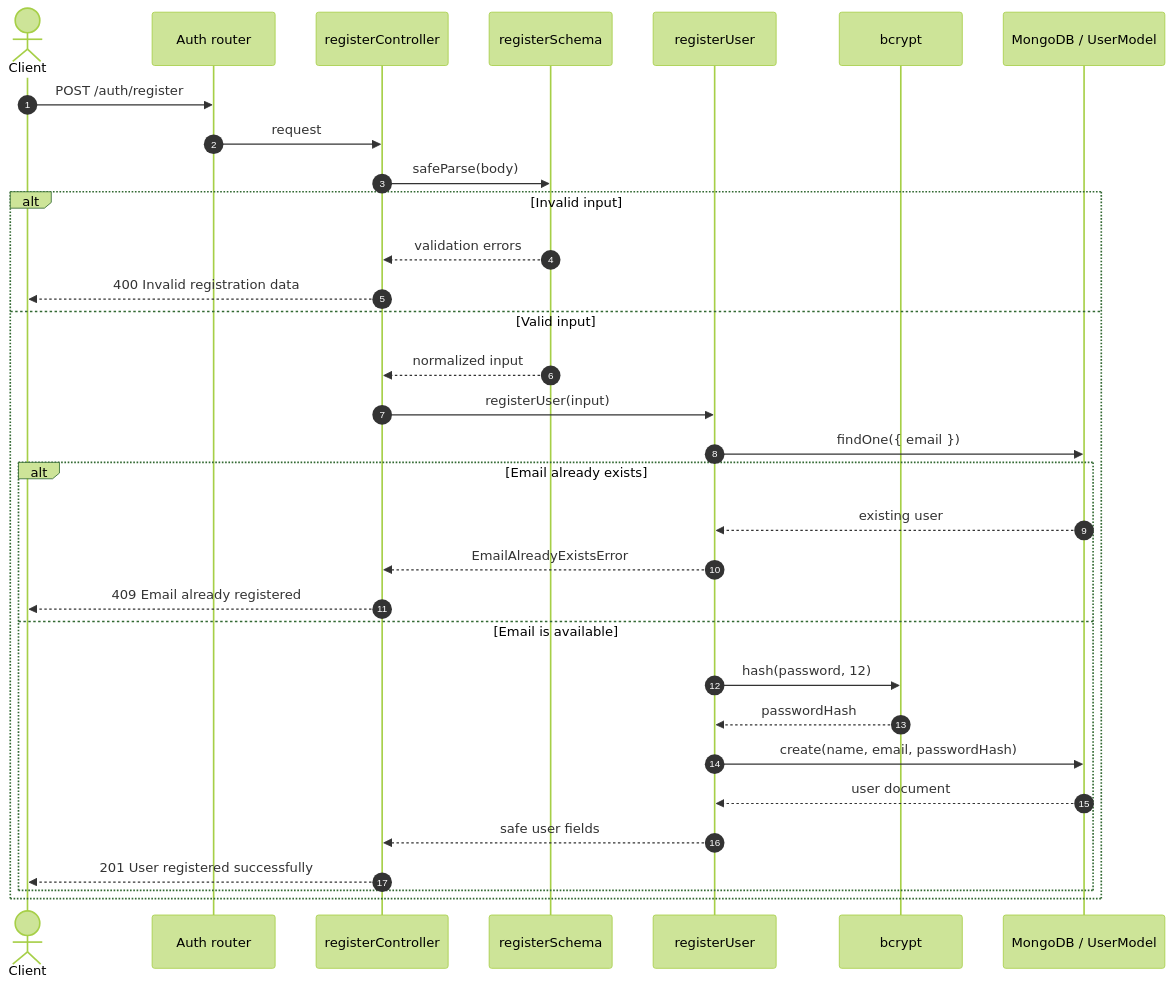
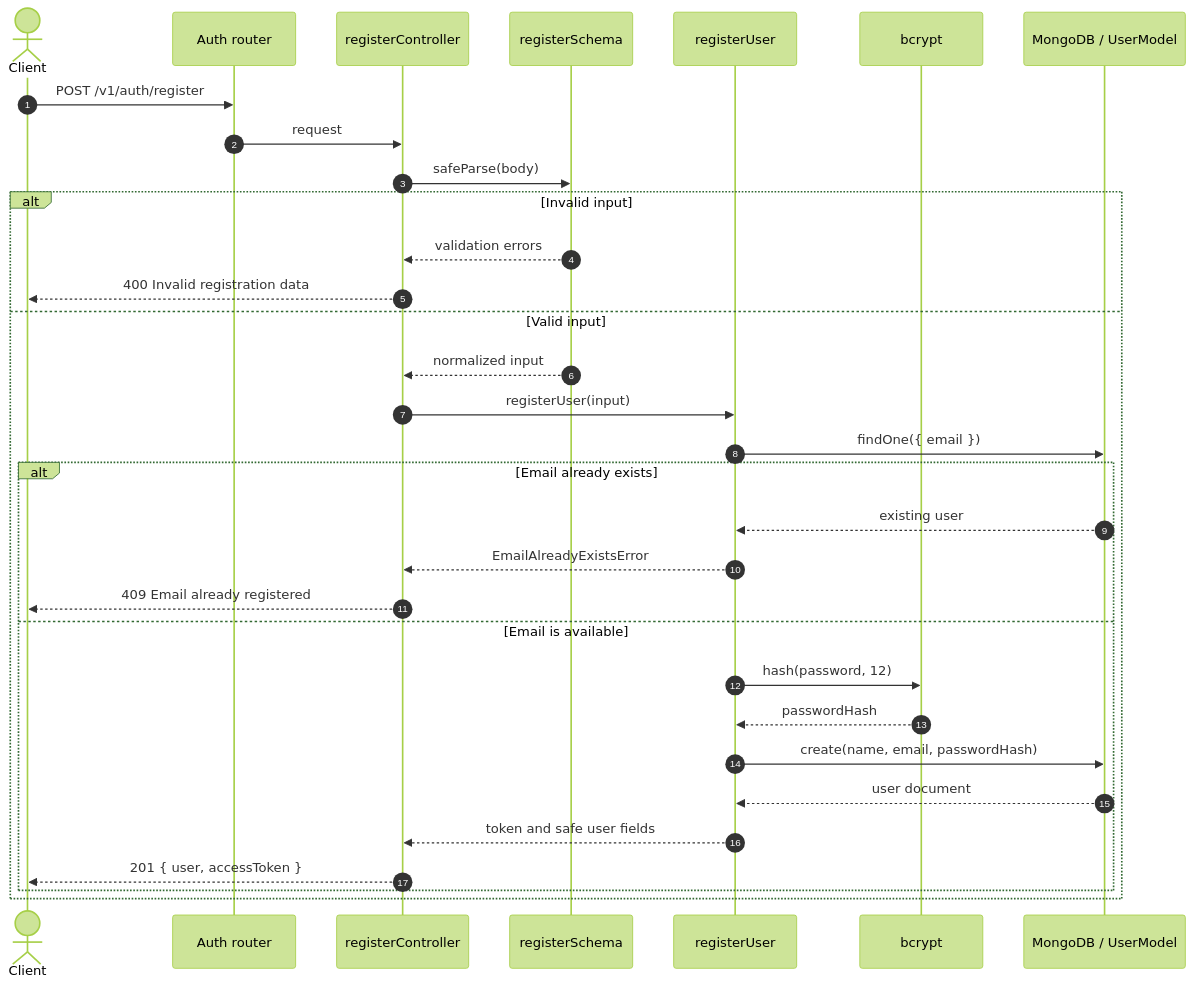
The second of 4 diagrams in docs/architecture/authentication.md (Rithvik911/Poolr), drawn with Mermaid (forest theme) before and after one commit. The commit also changed other lines of this file and 29 other files, not shown here.

````diff
--- a/docs/architecture/authentication.md
+++ b/docs/architecture/authentication.md
@@ -53,35 +53,35 @@
 ```mermaid
 sequenceDiagram
     autonumber
     actor Client
     participant Router as Auth router
     participant Controller as registerController
     participant Schema as registerSchema
     participant Service as registerUser
     participant Bcrypt as bcrypt
     participant Mongo as MongoDB / UserModel
 
-    Client->>Router: POST /auth/register
+    Client->>Router: POST /v1/auth/register
     Router->>Controller: request
     Controller->>Schema: safeParse(body)
     alt Invalid input
         Schema-->>Controller: validation errors
         Controller-->>Client: 400 Invalid registration data
     else Valid input
         Schema-->>Controller: normalized input
         Controller->>Service: registerUser(input)
         Service->>Mongo: findOne({ email })
         alt Email already exists
             Mongo-->>Service: existing user
             Service-->>Controller: EmailAlreadyExistsError
             Controller-->>Client: 409 Email already registered
         else Email is available
             Service->>Bcrypt: hash(password, 12)
             Bcrypt-->>Service: passwordHash
             Service->>Mongo: create(name, email, passwordHash)
             Mongo-->>Service: user document
-            Service-->>Controller: safe user fields
-            Controller-->>Client: 201 User registered successfully
+            Service-->>Controller: token and safe user fields
+            Controller-->>Client: 201 { user, accessToken }
         end
     end
 ```
````
